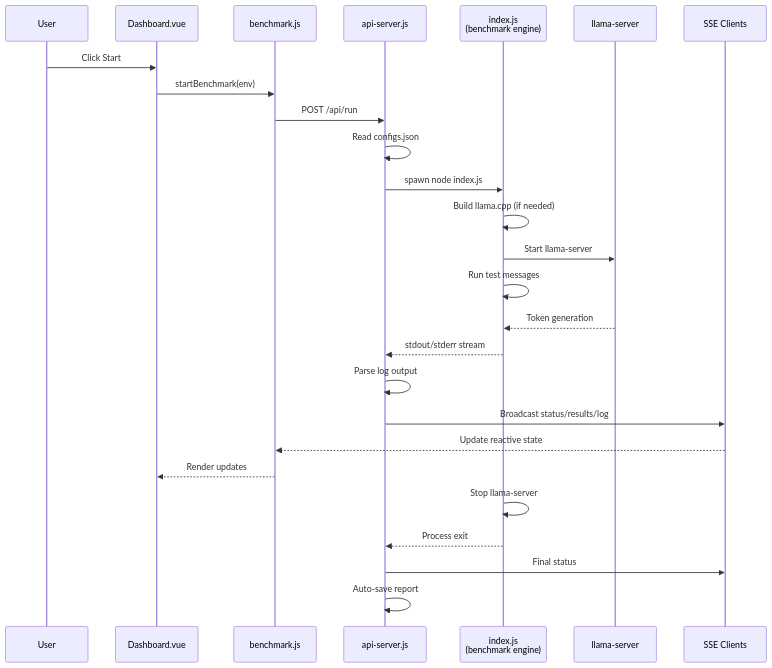
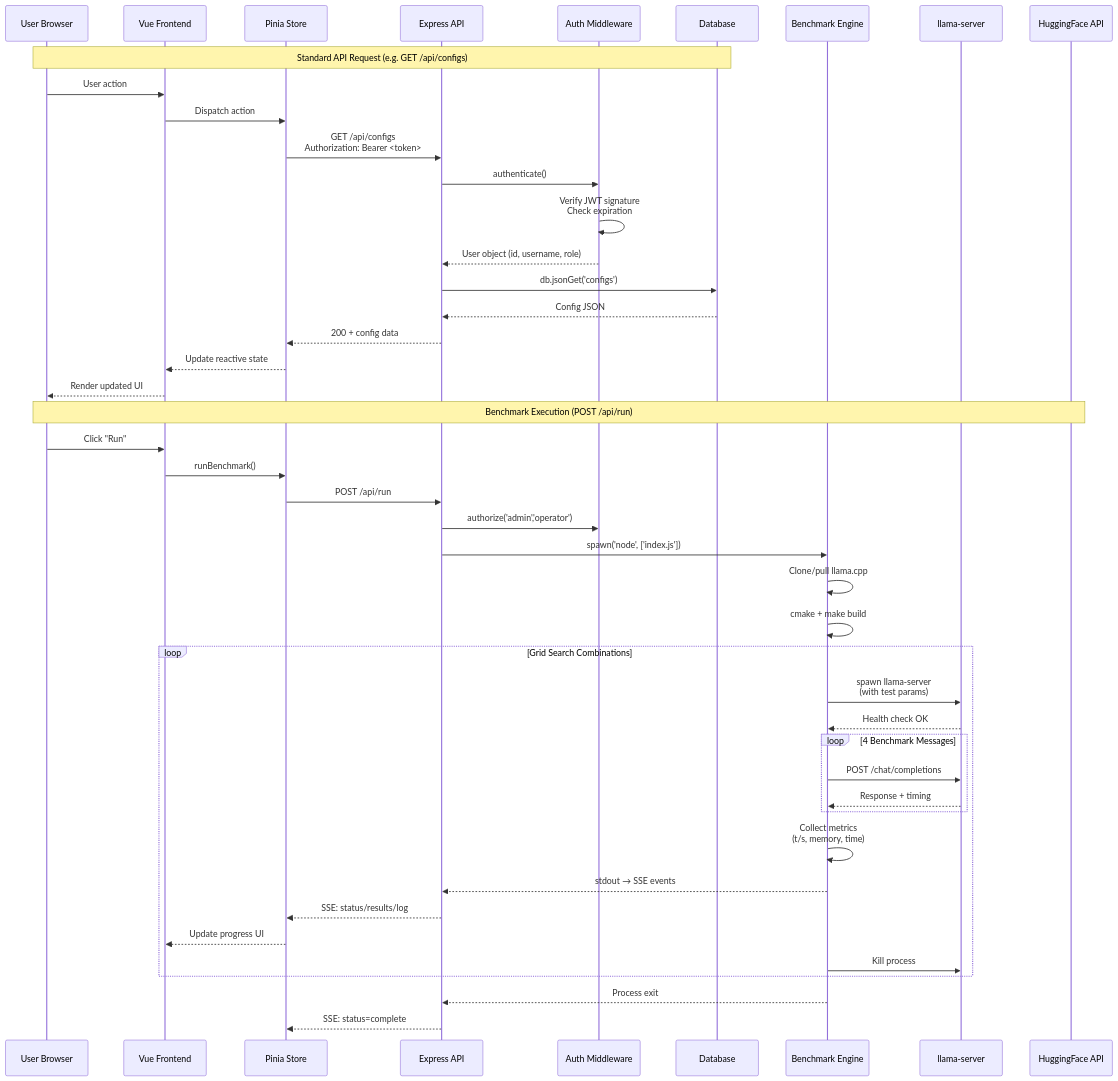
The third of 6 diagrams in docs/architecture.md (mepis/betty), drawn with Mermaid before and after one commit. The commit also changed other lines of this file and 41 other files, not shown here.

````diff
--- a/docs/architecture.md
+++ b/docs/architecture.md
@@ -190,29 +165,49 @@
 ```mermaid
 sequenceDiagram
-    participant User
-    participant Dashboard as Dashboard.vue
-    participant Store as benchmark.js
-    participant API as api-server.js
-    participant Index as index.js<br/>(benchmark engine)
-    participant Llama as llama-server
-    participant SSE as SSE Clients
+    participant U as User Browser
+    participant FE as Vue Frontend
+    participant Store as Pinia Store
+    participant API as Express API
+    participant Auth as Auth Middleware
+    participant DB as Database
+    participant BENCH as Benchmark Engine
+    participant LLAMA as llama-server
+    participant HF as HuggingFace API
 
-    User->>Dashboard: Click Start
-    Dashboard->>Store: startBenchmark(env)
+    Note over U,DB: Standard API Request (e.g. GET /api/configs)
+    U->>FE: User action
+    FE->>Store: Dispatch action
+    Store->>API: GET /api/configs<br/>Authorization: Bearer <token>
+    API->>Auth: authenticate()
+    Auth->>Auth: Verify JWT signature<br/>Check expiration
+    Auth-->>API: User object (id, username, role)
+    API->>DB: db.jsonGet('configs')
+    DB-->>API: Config JSON
+    API-->>Store: 200 + config data
+    Store-->>FE: Update reactive state
+    FE-->>U: Render updated UI
+
+    Note over U,HF: Benchmark Execution (POST /api/run)
+    U->>FE: Click "Run"
+    FE->>Store: runBenchmark()
     Store->>API: POST /api/run
-    API->>API: Read configs.json
-    API->>Index: spawn node index.js
-    Index->>Index: Build llama.cpp (if needed)
-    Index->>Llama: Start llama-server
-    Index->>Index: Run test messages
-    Llama-->>Index: Token generation
-    Index-->>API: stdout/stderr stream
-    API->>API: Parse log output
-    API->>SSE: Broadcast status/results/log
-    SSE-->>Store: Update reactive state
-    Store-->>Dashboard: Render updates
-    Index->>Index: Stop llama-server
-    Index-->>API: Process exit
-    API->>SSE: Final status
-    API->>API: Auto-save report
+    API->>Auth: authorize('admin','operator')
+    API->>BENCH: spawn('node', ['index.js'])
+    BENCH->>BENCH: Clone/pull llama.cpp
+    BENCH->>BENCH: cmake + make build
+    loop Grid Search Combinations
+        BENCH->>LLAMA: spawn llama-server<br/>(with test params)
+        LLAMA-->>BENCH: Health check OK
+        loop 4 Benchmark Messages
+            BENCH->>LLAMA: POST /chat/completions
+            LLAMA-->>BENCH: Response + timing
+        end
+        BENCH->>BENCH: Collect metrics<br/>(t/s, memory, time)
+        BENCH-->>API: stdout → SSE events
+        API-->>Store: SSE: status/results/log
+        Store-->>FE: Update progress UI
+        BENCH->>LLAMA: Kill process
+    end
+    BENCH-->>API: Process exit
+    API-->>Store: SSE: status=complete
 ```
````
